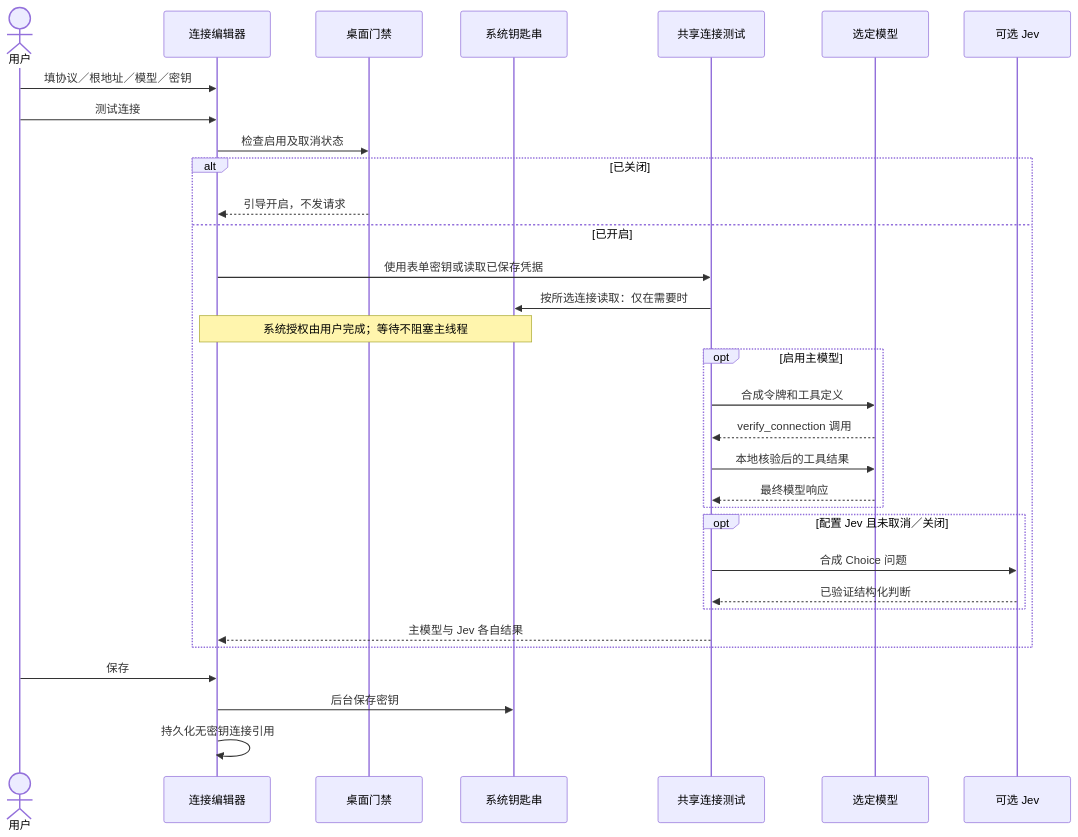
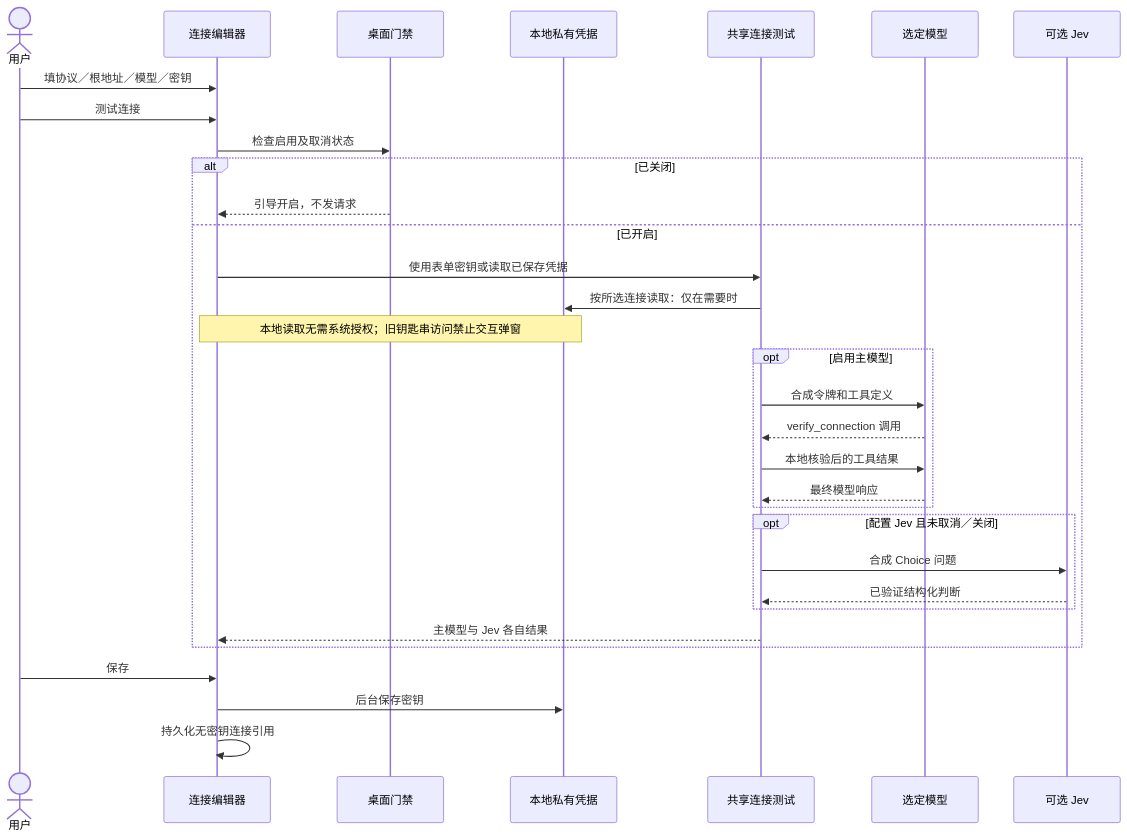
One commit to limecloud/shou changed the sixth of 15 diagrams in docs/zh-CN/architecture/embedded-ai.md. Above: the diagram before and after it, drawn with Mermaid. The commit also changed other lines of this file and 112 other files, not shown here.

````diff
--- a/docs/zh-CN/architecture/embedded-ai.md
+++ b/docs/zh-CN/architecture/embedded-ai.md
@@ -189,34 +189,34 @@
 ```mermaid
 sequenceDiagram
     actor U as 用户
     participant UI as 连接编辑器
     participant Gate as 桌面门禁
-    participant K as 系统钥匙串
+    participant K as 本地私有凭据
     participant Test as 共享连接测试
     participant M as 选定模型
     participant J as 可选 Jev
     U->>UI: 填协议／根地址／模型／密钥
     U->>UI: 测试连接
     UI->>Gate: 检查启用及取消状态
     alt 已关闭
         Gate-->>UI: 引导开启，不发请求
     else 已开启
         UI->>Test: 使用表单密钥或读取已保存凭据
         Test->>K: 按所选连接读取：仅在需要时
-        Note over UI,K: 系统授权由用户完成；等待不阻塞主线程
+        Note over UI,K: 本地读取无需系统授权；旧钥匙串访问禁止交互弹窗
         opt 启用主模型
             Test->>M: 合成令牌和工具定义
             M-->>Test: verify_connection 调用
             Test->>M: 本地核验后的工具结果
             M-->>Test: 最终模型响应
         end
         opt 配置 Jev 且未取消／关闭
             Test->>J: 合成 Choice 问题
             J-->>Test: 已验证结构化判断
         end
         Test-->>UI: 主模型与 Jev 各自结果
     end
     U->>UI: 保存
     UI->>K: 后台保存密钥
     UI->>UI: 持久化无密钥连接引用
 ```
````
